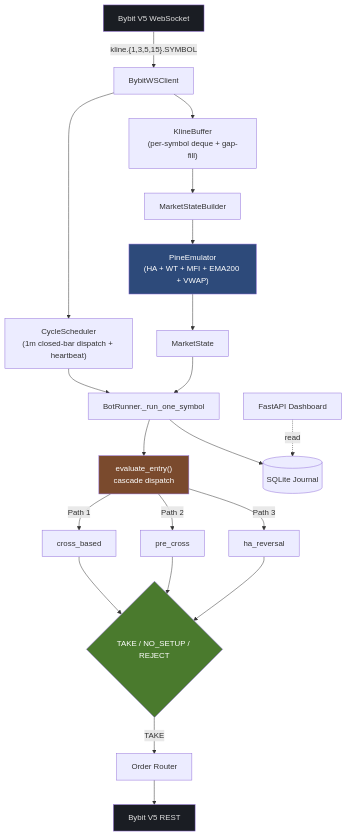
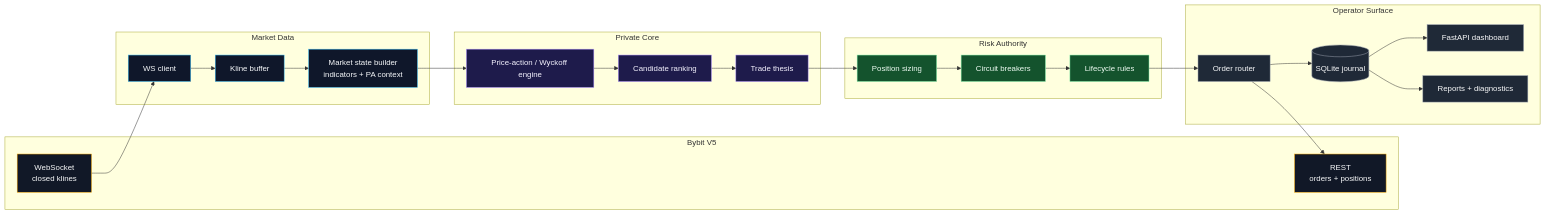
One commit to last-26/SMTbot-Demo changed the first of 4 diagrams in README.md. Above: the diagram before and after it, drawn with Mermaid. The commit also changed other lines of this file, not shown here.

````diff
--- a/README.md
+++ b/README.md
@@ -19,29 +33,50 @@
 ```mermaid
-flowchart TD
-    WS["Bybit V5 WebSocket"]
-    WS -->|"kline.{1,3,5,15}.SYMBOL"| WSC["BybitWSClient"]
-    WSC --> KB["KlineBuffer<br/>(per-symbol deque + gap-fill)"]
-    WSC --> CS["CycleScheduler<br/>(1m closed-bar dispatch + heartbeat)"]
-    KB --> MSB["MarketStateBuilder"]
-    MSB --> PE["PineEmulator<br/>(HA + WT + MFI + EMA200 + VWAP)"]
-    PE --> MS["MarketState"]
-    CS --> RUN["BotRunner._run_one_symbol"]
-    MS --> RUN
-    RUN --> EVAL["evaluate_entry()<br/>cascade dispatch"]
-    EVAL -->|Path 1| P1["cross_based"]
-    EVAL -->|Path 2| P2["pre_cross"]
-    EVAL -->|Path 3| P3["ha_reversal"]
-    P1 --> DEC{"TAKE / NO_SETUP / REJECT"}
-    P2 --> DEC
-    P3 --> DEC
-    DEC -->|TAKE| OR["Order Router"]
-    OR --> REST["Bybit V5 REST"]
-    RUN --> JNL[("SQLite Journal")]
-    DASH["FastAPI Dashboard"] -.->|read| JNL
+flowchart LR
+    subgraph EX["Bybit V5"]
+        WS["WebSocket<br/>closed klines"]
+        REST["REST<br/>orders + positions"]
+    end
 
-    style WS fill:#1a1d23,color:#e0e0e0
-    style REST fill:#1a1d23,color:#e0e0e0
-    style PE fill:#2d4a7a,color:#fff
-    style EVAL fill:#7a4a2d,color:#fff
-    style DEC fill:#4a7a2d,color:#fff
+    subgraph DATA["Market Data"]
+        WSC["WS client"]
+        BUF["Kline buffer"]
+        STATE["Market state builder<br/>indicators + PA context"]
+    end
+
+    subgraph CORE["Private Core"]
+        PA["Price-action / Wyckoff engine"]
+        RANK["Candidate ranking"]
+        THESIS["Trade thesis"]
+    end
+
+    subgraph RISK["Risk Authority"]
+        SIZE["Position sizing"]
+        GUARD["Circuit breakers"]
+        LIFE["Lifecycle rules"]
+    end
+
+    subgraph OPS["Operator Surface"]
+        EXEC["Order router"]
+        DB[("SQLite journal")]
+        DASH["FastAPI dashboard"]
+        REPORT["Reports + diagnostics"]
+    end
+
+    WS --> WSC --> BUF --> STATE
+    STATE --> PA --> RANK --> THESIS
+    THESIS --> SIZE --> GUARD --> LIFE --> EXEC --> REST
+    EXEC --> DB --> DASH
+    DB --> REPORT
+
+    classDef exchange fill:#111827,stroke:#F7A600,color:#F9FAFB
+    classDef data fill:#0F172A,stroke:#38BDF8,color:#F8FAFC
+    classDef core fill:#1E1B4B,stroke:#A78BFA,color:#F5F3FF
+    classDef risk fill:#14532D,stroke:#86EFAC,color:#F0FDF4
+    classDef ops fill:#1F2937,stroke:#9CA3AF,color:#F9FAFB
+
+    class WS,REST exchange
+    class WSC,BUF,STATE data
+    class PA,RANK,THESIS core
+    class SIZE,GUARD,LIFE risk
+    class EXEC,DB,DASH,REPORT ops
 ```
````
